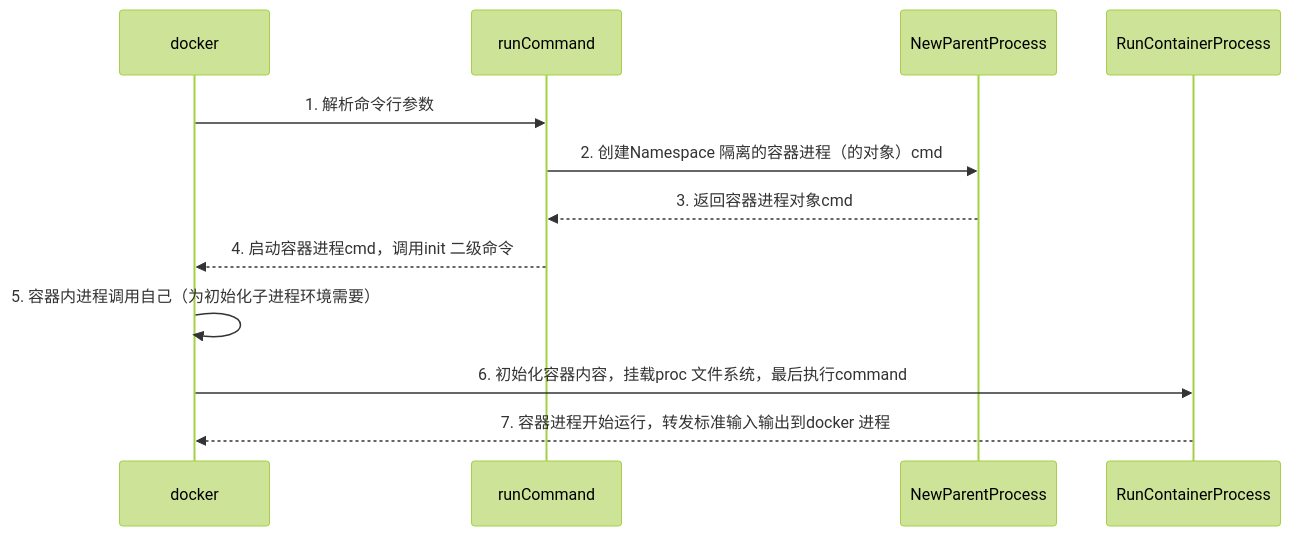
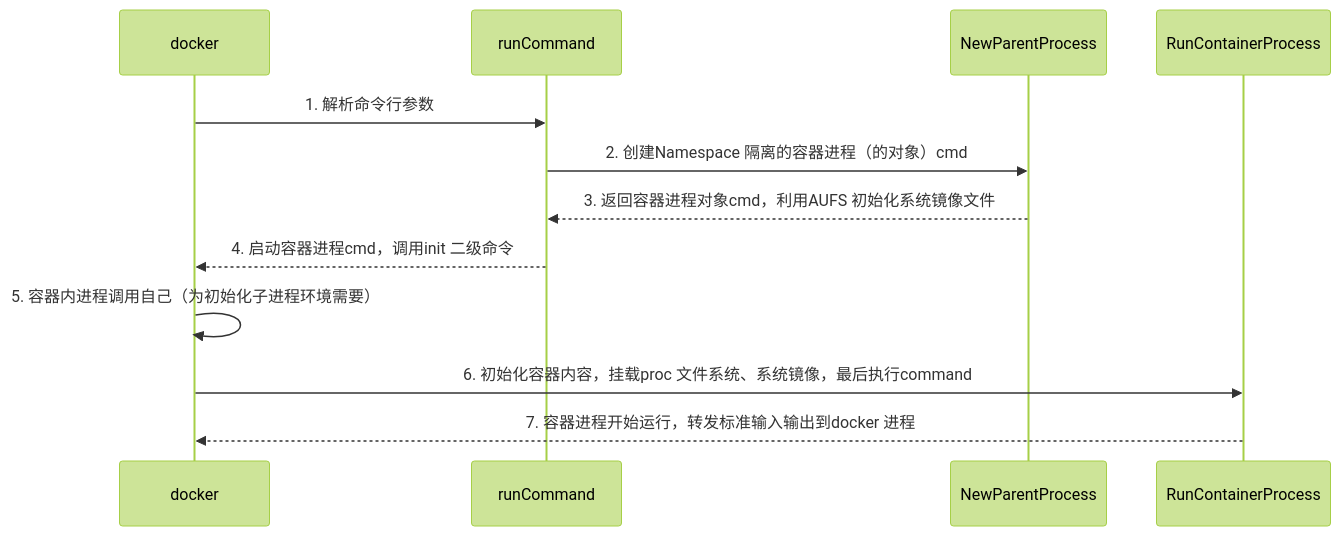
Before and after one commit to 12Tall/12tall.github.io: the first of 2 diagrams in source/_posts/notation/2025/container.md, drawn with Mermaid (forest theme). The commit also changed other lines of this file, not shown here.

```diff
--- a/source/_posts/notation/2025/container.md
+++ b/source/_posts/notation/2025/container.md
@@ -270,9 +270,9 @@
 {% mermaid sequenceDiagram %}
 docker->>runCommand: 1. 解析命令行参数  
 runCommand->>NewParentProcess: 2. 创建Namespace 隔离的容器进程（的对象）cmd  
-NewParentProcess-->>runCommand: 3. 返回容器进程对象cmd  
+NewParentProcess-->>runCommand: 3. 返回容器进程对象cmd，利用AUFS 初始化系统镜像文件  
 runCommand-->>docker: 4. 启动容器进程cmd，调用init 二级命令  
 docker->>docker: 5. 容器内进程调用自己（为初始化子进程环境需要）
-docker->>RunContainerProcess: 6. 初始化容器内容，挂载proc 文件系统，最后执行command  
+docker->>RunContainerProcess: 6. 初始化容器内容，挂载proc 文件系统、系统镜像，最后执行command  
 RunContainerProcess-->>docker: 7. 容器进程开始运行，转发标准输入输出到docker 进程
 {% endmermaid %}
```
